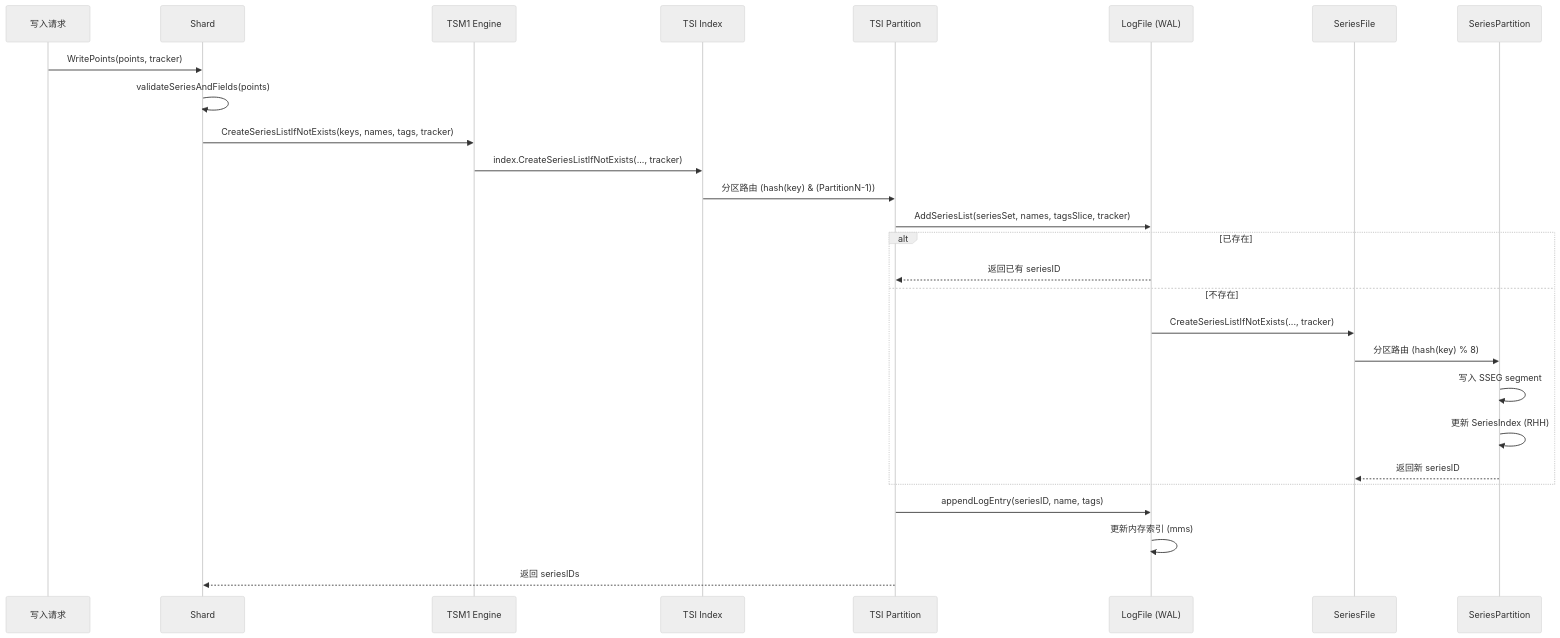
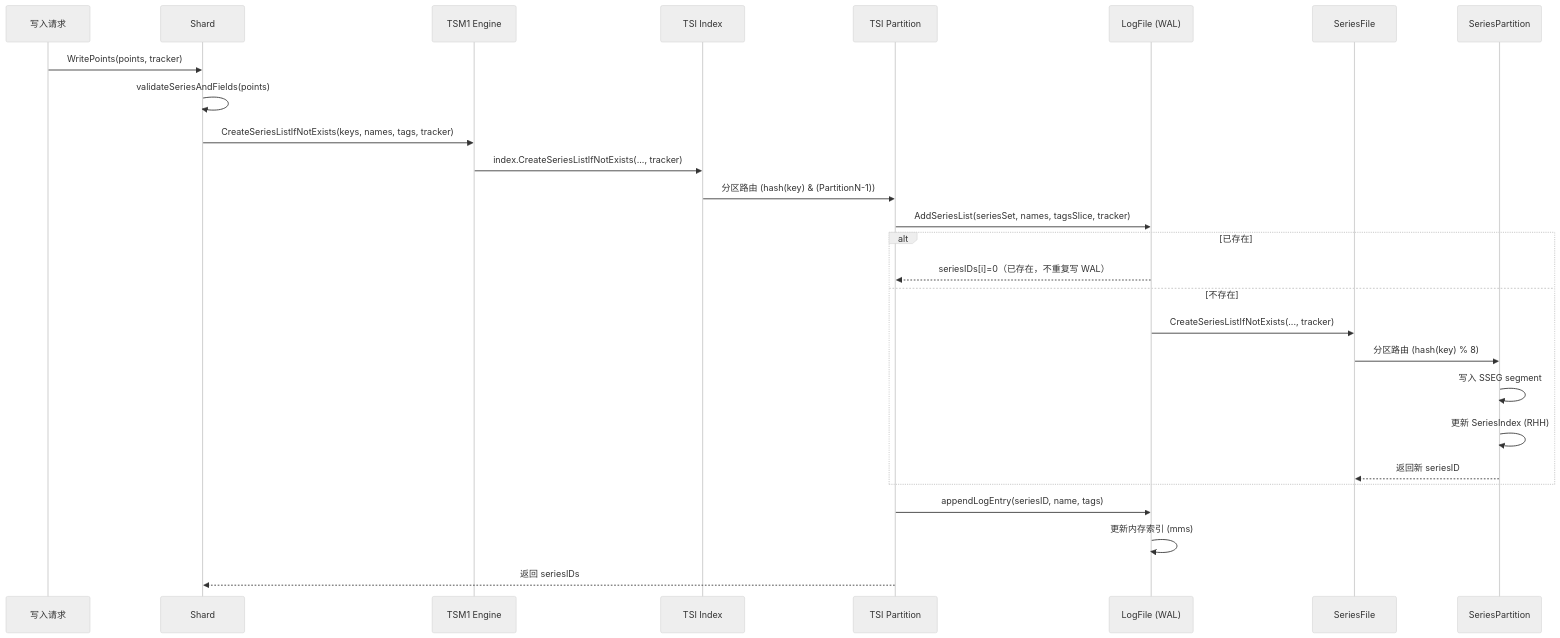
One commit to stefanv5/influxdb changed the first of 16 diagrams in docs/specs/02_index_system_spec.md. Above: the diagram before and after it, drawn with Mermaid (neutral theme). The commit also changed other lines of this file and 16 other files, not shown here.

First line of the commit message:
docs: correct and deepen the 17 architecture specs

````diff
--- a/docs/specs/02_index_system_spec.md
+++ b/docs/specs/02_index_system_spec.md
@@ -16,31 +24,31 @@
 ```mermaid
 sequenceDiagram
     participant Writer as 写入请求
     participant Shard as Shard
     participant Engine as TSM1 Engine
     participant Index as TSI Index
     participant Partition as TSI Partition
     participant LogFile as LogFile (WAL)
     participant SeriesFile as SeriesFile
     participant SeriesPartition as SeriesPartition
 
     Writer->>Shard: WritePoints(points, tracker)
     Shard->>Shard: validateSeriesAndFields(points)
     Shard->>Engine: CreateSeriesListIfNotExists(keys, names, tags, tracker)
     Engine->>Index: index.CreateSeriesListIfNotExists(..., tracker)
 
     Index->>Partition: 分区路由 (hash(key) & (PartitionN-1))
     Partition->>LogFile: AddSeriesList(seriesSet, names, tagsSlice, tracker)
     alt 已存在
-        LogFile-->>Partition: 返回已有 seriesID
+        LogFile-->>Partition: seriesIDs[i]=0（已存在，不重复写 WAL）
     else 不存在
         LogFile->>SeriesFile: CreateSeriesListIfNotExists(..., tracker)
         SeriesFile->>SeriesPartition: 分区路由 (hash(key) % 8)
         SeriesPartition->>SeriesPartition: 写入 SSEG segment
         SeriesPartition->>SeriesPartition: 更新 SeriesIndex (RHH)
         SeriesPartition-->>SeriesFile: 返回新 seriesID
     end
     Partition->>LogFile: appendLogEntry(seriesID, name, tags)
     LogFile->>LogFile: 更新内存索引 (mms)
     Partition-->>Shard: 返回 seriesIDs
 ```
````
